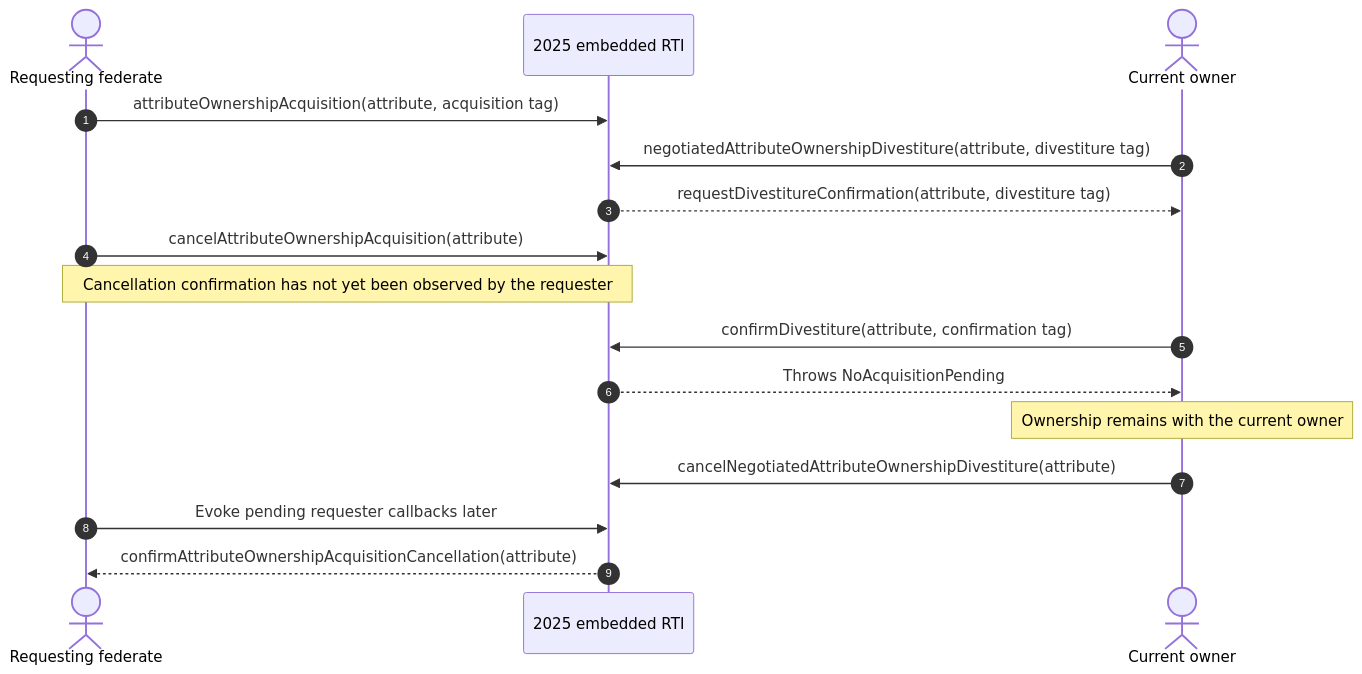
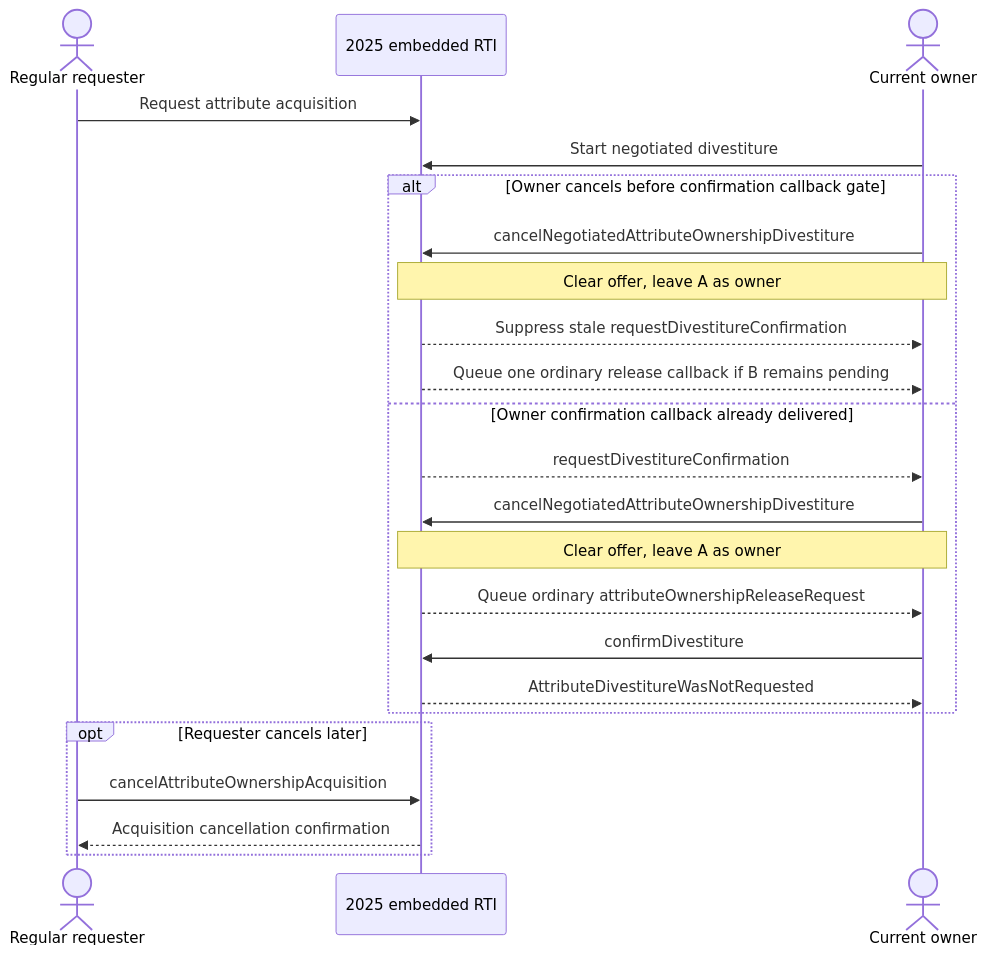
Before and after one commit to sheepfling/umbra: diagram 22 of 36 in docs/design/HLA-2025-ATTRIBUTE-OWNERSHIP-FLOW-GUIDE.md, drawn with Mermaid. The commit also changed other lines of this file and 39 other files, not shown here.

Commit message:
Document IEEE 1516.1-2025 behavior flows

````diff
--- a/docs/design/HLA-2025-ATTRIBUTE-OWNERSHIP-FLOW-GUIDE.md
+++ b/docs/design/HLA-2025-ATTRIBUTE-OWNERSHIP-FLOW-GUIDE.md
@@ -1135,19 +1492,26 @@
 ```mermaid
 sequenceDiagram
-  autonumber
-  actor B as Requesting federate
+  actor B as Regular requester
   participant RTI as 2025 embedded RTI
   actor A as Current owner
 
-  B->>RTI: attributeOwnershipAcquisition(attribute, acquisition tag)
-  A->>RTI: negotiatedAttributeOwnershipDivestiture(attribute, divestiture tag)
-  RTI-->>A: requestDivestitureConfirmation(attribute, divestiture tag)
-  B->>RTI: cancelAttributeOwnershipAcquisition(attribute)
-  Note over B,RTI: Cancellation confirmation has not yet been observed by the requester
-  A->>RTI: confirmDivestiture(attribute, confirmation tag)
-  RTI-->>A: Throws NoAcquisitionPending
-  Note over A: Ownership remains with the current owner
-  A->>RTI: cancelNegotiatedAttributeOwnershipDivestiture(attribute)
-  B->>RTI: Evoke pending requester callbacks later
-  RTI-->>B: confirmAttributeOwnershipAcquisitionCancellation(attribute)
+  B->>RTI: Request attribute acquisition
+  A->>RTI: Start negotiated divestiture
+  alt Owner cancels before confirmation callback gate
+    A->>RTI: cancelNegotiatedAttributeOwnershipDivestiture
+    Note over A,RTI: Clear offer, leave A as owner
+    RTI-->>A: Suppress stale requestDivestitureConfirmation
+    RTI-->>A: Queue one ordinary release callback if B remains pending
+  else Owner confirmation callback already delivered
+    RTI-->>A: requestDivestitureConfirmation
+    A->>RTI: cancelNegotiatedAttributeOwnershipDivestiture
+    Note over A,RTI: Clear offer, leave A as owner
+    RTI-->>A: Queue ordinary attributeOwnershipReleaseRequest
+    A->>RTI: confirmDivestiture
+    RTI-->>A: AttributeDivestitureWasNotRequested
+  end
+  opt Requester cancels later
+    B->>RTI: cancelAttributeOwnershipAcquisition
+    RTI-->>B: Acquisition cancellation confirmation
+  end
 ```
````
